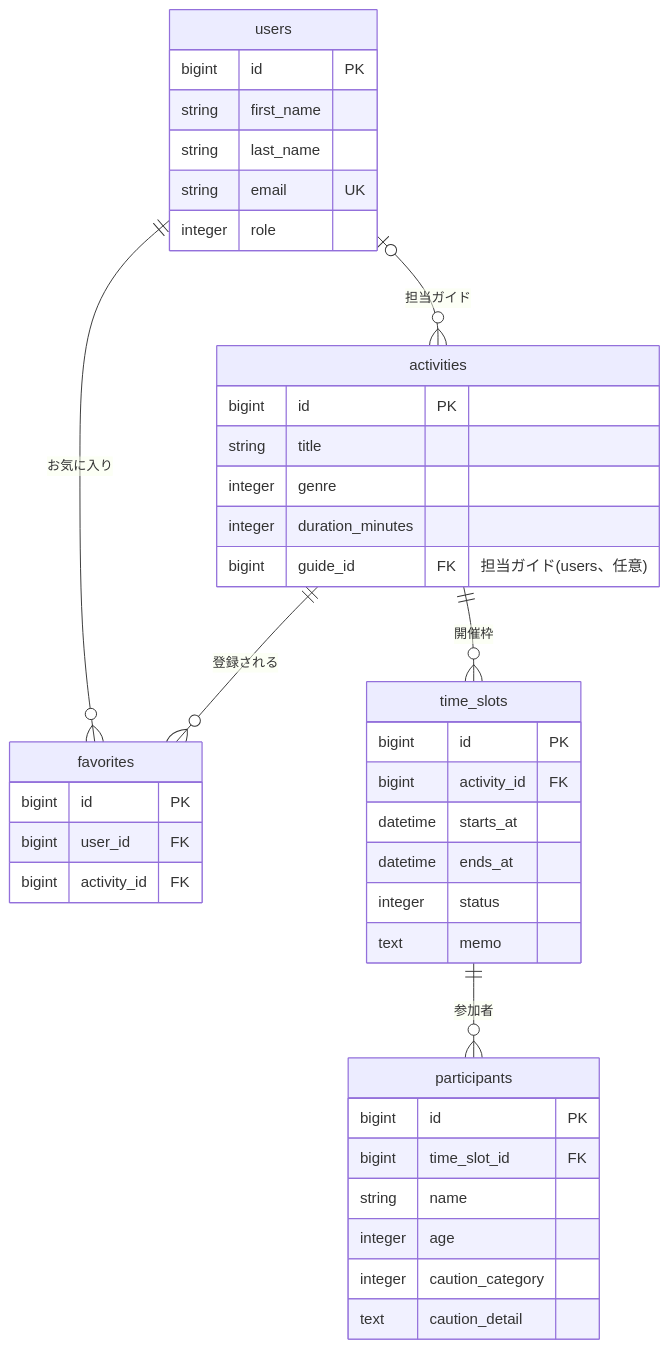
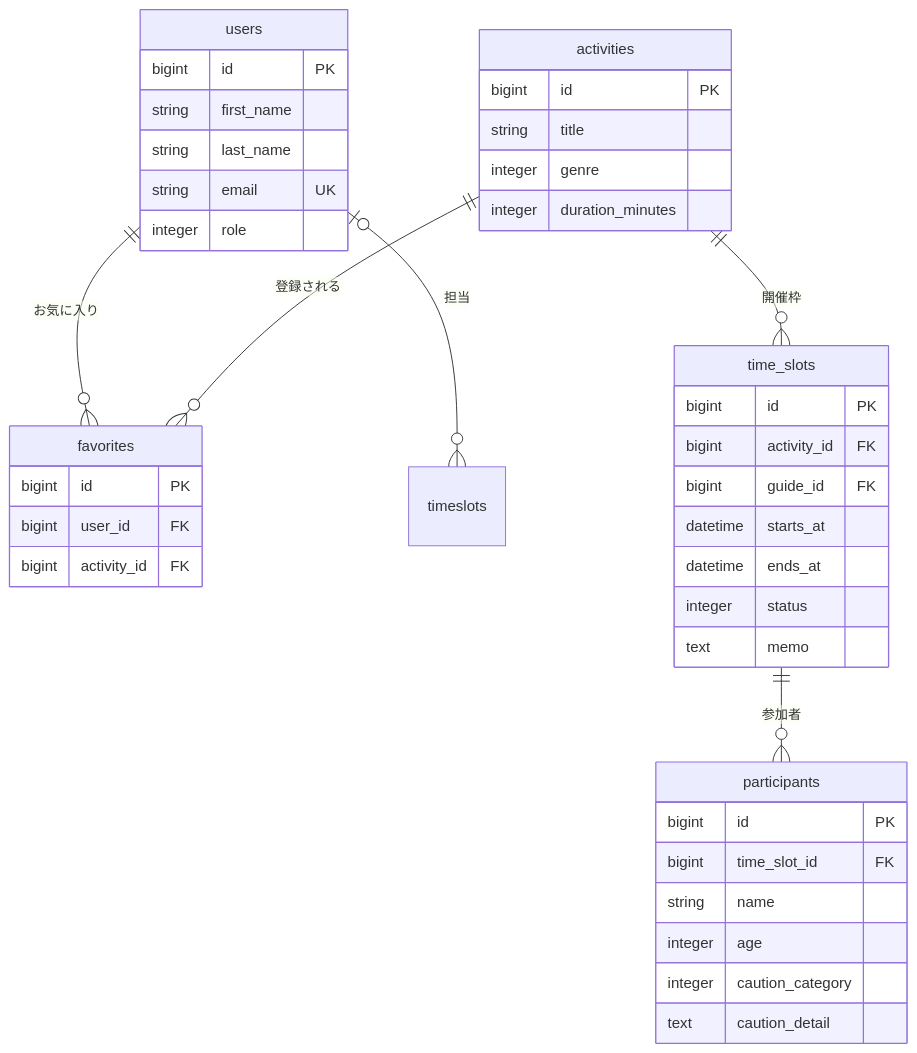
One commit to kame-888/activity_guidetool_app changed the second of 2 diagrams in README.md. Above: the diagram before and after it, drawn with Mermaid. The commit also changed other lines of this file and 19 other files, not shown here.

````diff
--- a/README.md
+++ b/README.md
@@ -86,44 +87,44 @@
 ```mermaid
 erDiagram
     users ||--o{ favorites : "お気に入り"
-    users |o--o{ activities : "担当ガイド"
+    users |o--o{ timeslots : "担当"
     activities ||--o{ favorites : "登録される"
     activities ||--o{ time_slots : "開催枠"
     time_slots ||--o{ participants : "参加者"
 
     users {
         bigint id PK
         string first_name
         string last_name
         string email UK
         integer role
     }
     activities {
         bigint id PK
         string title
         integer genre
         integer duration_minutes
-        bigint guide_id FK "担当ガイド(users、任意)"
     }
     time_slots {
         bigint id PK
         bigint activity_id FK
+        bigint guide_id FK
         datetime starts_at
         datetime ends_at
         integer status
         text memo
     }
     participants {
         bigint id PK
         bigint time_slot_id FK
         string name
         integer age
         integer caution_category
         text caution_detail
     }
     favorites {
         bigint id PK
         bigint user_id FK
         bigint activity_id FK
     }
 ```
````
